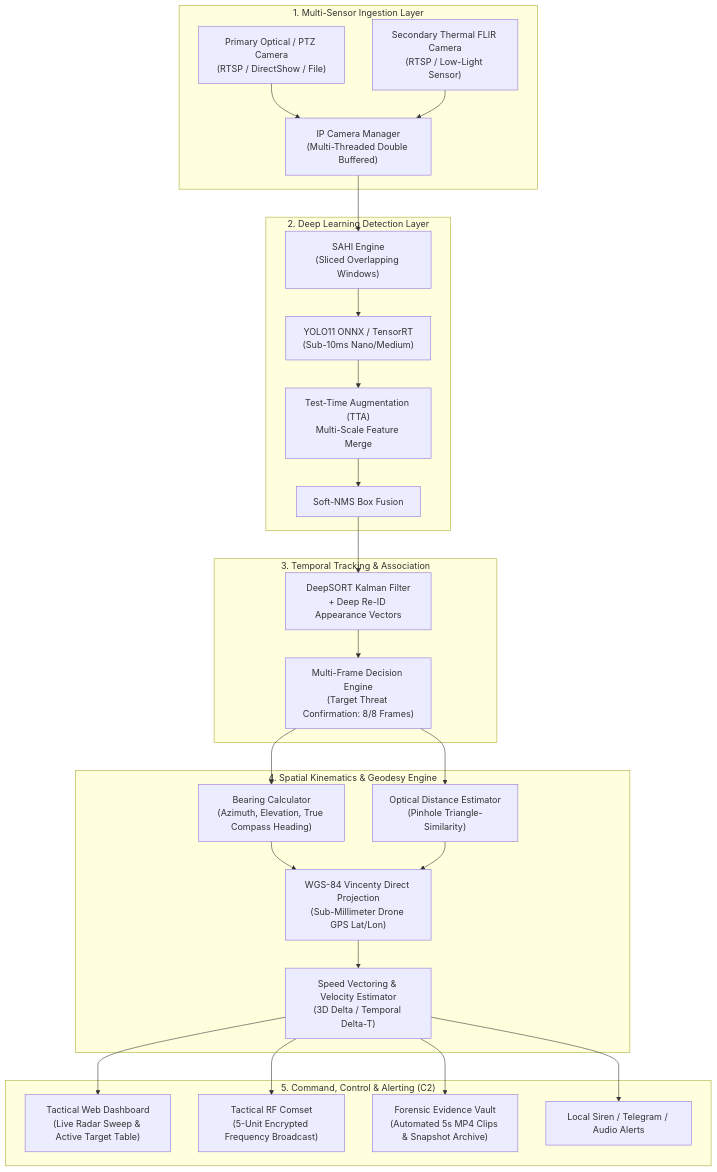
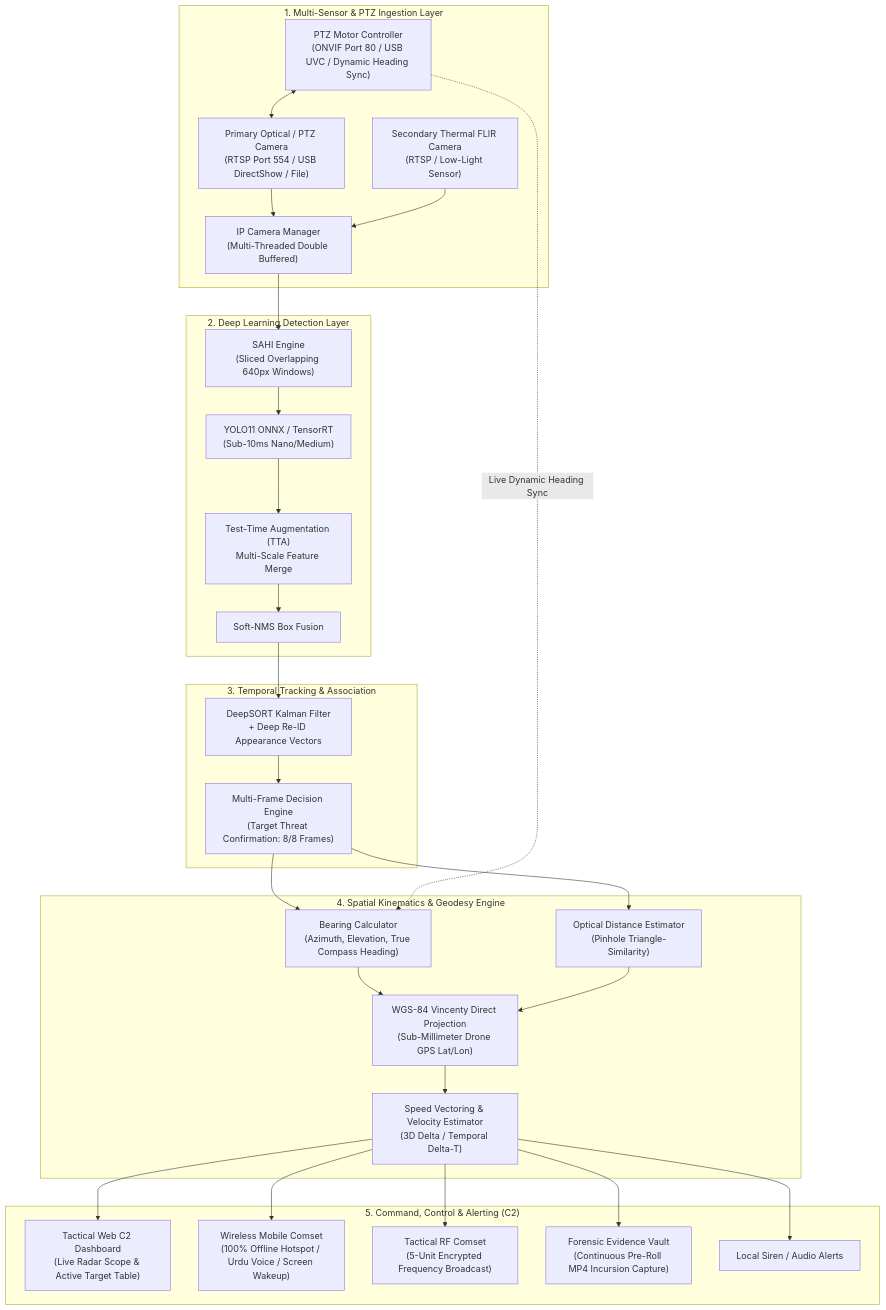
The diagram in README.md (ShakeelRana624/anti-drone-telemetry-defense-system), drawn with Mermaid before and after one commit. The commit also changed other lines of this file and 44 other files, not shown here.

First line of the commit message:
feat: complete PTZ camera integration, mobile Urdu alerting, and evidence recorder

````diff
--- a/README.md
+++ b/README.md
@@ -33,36 +38,40 @@
 ```mermaid
 graph TD
-    subgraph SENSORS ["1. Multi-Sensor Ingestion Layer"]
-        CAM1["Primary Optical / PTZ Camera<br/>(RTSP / DirectShow / File)"]
+    subgraph SENSORS ["1. Multi-Sensor & PTZ Ingestion Layer"]
+        CAM1["Primary Optical / PTZ Camera<br/>(RTSP Port 554 / USB DirectShow / File)"]
         CAM2["Secondary Thermal FLIR Camera<br/>(RTSP / Low-Light Sensor)"]
+        PTZC["PTZ Motor Controller<br/>(ONVIF Port 80 / USB UVC / Dynamic Heading Sync)"]
         IMGR["IP Camera Manager<br/>(Multi-Threaded Double Buffered)"]
         CAM1 --> IMGR
         CAM2 --> IMGR
+        PTZC <--> CAM1
     end
 
     subgraph INFERENCE ["2. Deep Learning Detection Layer"]
-        IMGR --> SAHI["SAHI Engine<br/>(Sliced Overlapping Windows)"]
+        IMGR --> SAHI["SAHI Engine<br/>(Sliced Overlapping 640px Windows)"]
         SAHI --> YOLO["YOLO11 ONNX / TensorRT<br/>(Sub-10ms Nano/Medium)"]
         YOLO --> TTA["Test-Time Augmentation (TTA)<br/>Multi-Scale Feature Merge"]
         TTA --> NMS["Soft-NMS Box Fusion"]
     end
 
     subgraph TRACKING ["3. Temporal Tracking & Association"]
         NMS --> DS["DeepSORT Kalman Filter<br/>+ Deep Re-ID Appearance Vectors"]
         DS --> DE["Multi-Frame Decision Engine<br/>(Target Threat Confirmation: 8/8 Frames)"]
     end
 
     subgraph TELEMETRY ["4. Spatial Kinematics & Geodesy Engine"]
         DE --> BC["Bearing Calculator<br/>(Azimuth, Elevation, True Compass Heading)"]
         DE --> DIST["Optical Distance Estimator<br/>(Pinhole Triangle-Similarity)"]
         BC & DIST --> GPS["WGS-84 Vincenty Direct Projection<br/>(Sub-Millimeter Drone GPS Lat/Lon)"]
         GPS --> VEC["Speed Vectoring & Velocity Estimator<br/>(3D Delta / Temporal Delta-T)"]
+        PTZC -.->|Live Dynamic Heading Sync| BC
     end
 
     subgraph C2 ["5. Command, Control & Alerting (C2)"]
-        VEC --> DASH["Tactical Web Dashboard<br/>(Live Radar Sweep & Active Target Table)"]
+        VEC --> DASH["Tactical Web C2 Dashboard<br/>(Live Radar Scope & Active Target Table)"]
+        VEC --> MOB["Wireless Mobile Comset<br/>(100% Offline Hotspot / Urdu Voice / Screen Wakeup)"]
         VEC --> RF["Tactical RF Comset<br/>(5-Unit Encrypted Frequency Broadcast)"]
-        VEC --> VAULT["Forensic Evidence Vault<br/>(Automated 5s MP4 Clips & Snapshot Archive)"]
-        VEC --> AUD["Local Siren / Telegram / Audio Alerts"]
+        VEC --> VAULT["Forensic Evidence Vault<br/>(Continuous Pre-Roll MP4 Incursion Capture)"]
+        VEC --> AUD["Local Siren / Audio Alerts"]
     end
 ```
````
